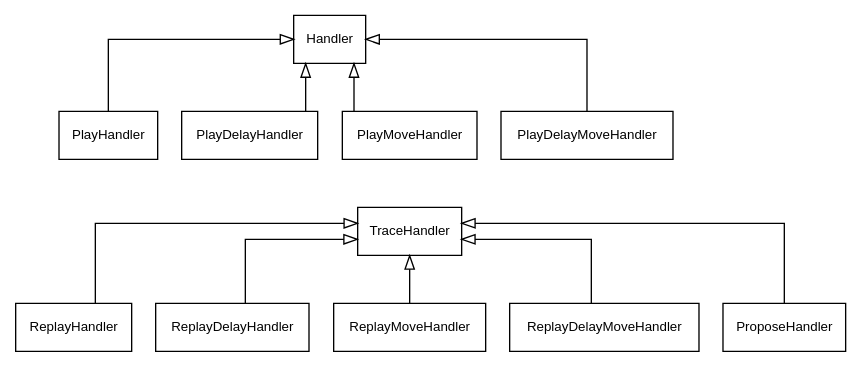
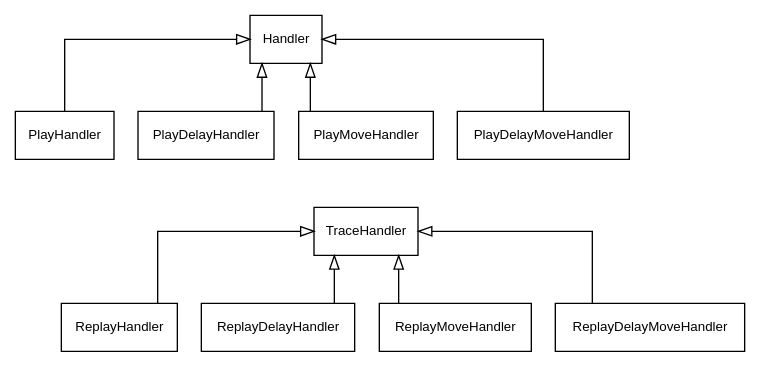
Before and after one commit to lawmurray/Birch: the diagram in docs/figs/Handler.dot, drawn with Graphviz. The commit also changed 14 other files, not shown here.

```diff
--- a/docs/figs/Handler.dot
+++ b/docs/figs/Handler.dot
@@ -1,33 +1,31 @@
 digraph {
   splines=ortho
   concentrate=true
   rankdir=BT
   node [shape=box,fontname=Helvetica,fontsize=10,margin="0.1,0.01"]
   edge [arrowhead=empty]
 
   Handler [href="../classes/Handler/",target="_top"]
   PlayHandler [href="../classes/PlayHandler/",target="_top"]
   PlayDelayHandler [href="../classes/PlayDelayHandler/",target="_top"]
   PlayMoveHandler [href="../classes/PlayMoveHandler/",target="_top"]
   PlayDelayMoveHandler [href="../classes/PlayDelayMoveHandler/",target="_top"]
 
   TraceHandler [href="../classes/TraceHandler/",target="_top"]
   ReplayHandler [href="../classes/ReplayHandler/",target="_top"]
   ReplayDelayHandler [href="../classes/ReplayDelayHandler/",target="_top"]
   ReplayMoveHandler [href="../classes/ReplayMoveHandler/",target="_top"]
   ReplayDelayMoveHandler [href="../classes/ReplayDelayMoveHandler/",target="_top"]
-  ProposeHandler [href="../classes/ProposeHandler/",target="_top"]
 
   PlayHandler -> Handler
   PlayDelayHandler -> Handler
   PlayMoveHandler -> Handler
   PlayDelayMoveHandler -> Handler
 
   ReplayHandler -> TraceHandler
   ReplayDelayHandler -> TraceHandler
   ReplayMoveHandler -> TraceHandler
   ReplayDelayMoveHandler -> TraceHandler
-  ProposeHandler -> TraceHandler
 
   TraceHandler -> PlayMoveHandler [style=invis]
 }
```
